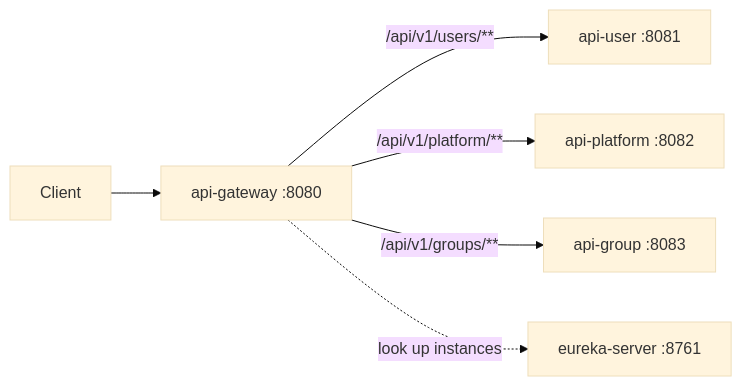
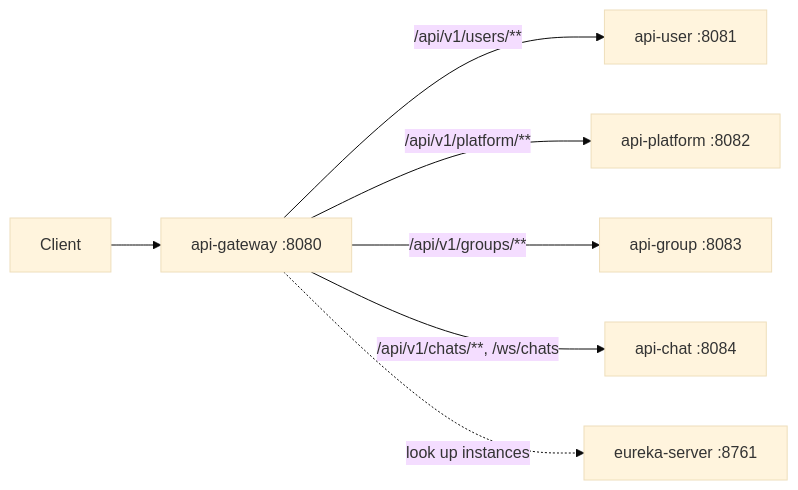
Before and after one commit to dragos-galeteanu/trip-huddle-backend: the diagram in api-gateway/docs/README.md, drawn with Mermaid (base theme). The commit also changed other lines of this file and 5 other files, not shown here.

Commit message:
Update docs after adding push notifications, websockets and `api-chat`

````diff
--- a/api-gateway/docs/README.md
+++ b/api-gateway/docs/README.md
@@ -18,8 +21,9 @@
 ```mermaid
 flowchart LR
     C[Client] --> GW[api-gateway :8080]
     GW -->|/api/v1/users/**| U[api-user :8081]
     GW -->|/api/v1/platform/**| P[api-platform :8082]
     GW -->|/api/v1/groups/**| G[api-group :8083]
+    GW -->|/api/v1/chats/**, /ws/chats| CH[api-chat :8084]
     GW -.->|look up instances| E[eureka-server :8761]
 ```
````
